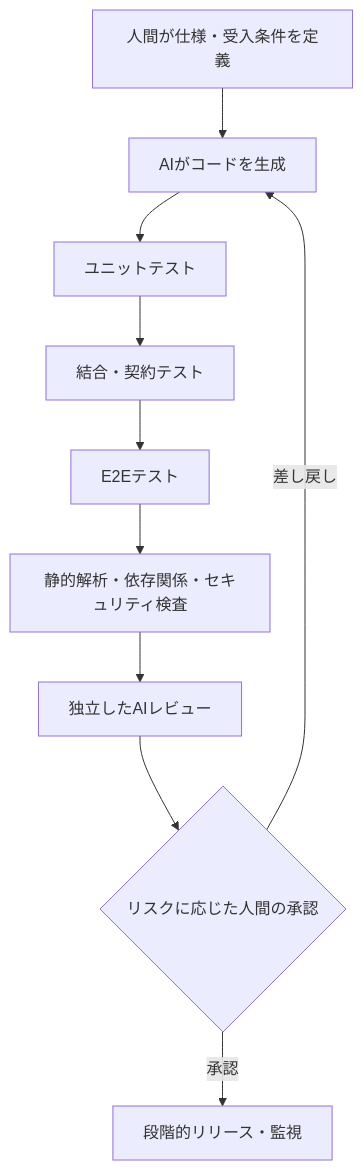
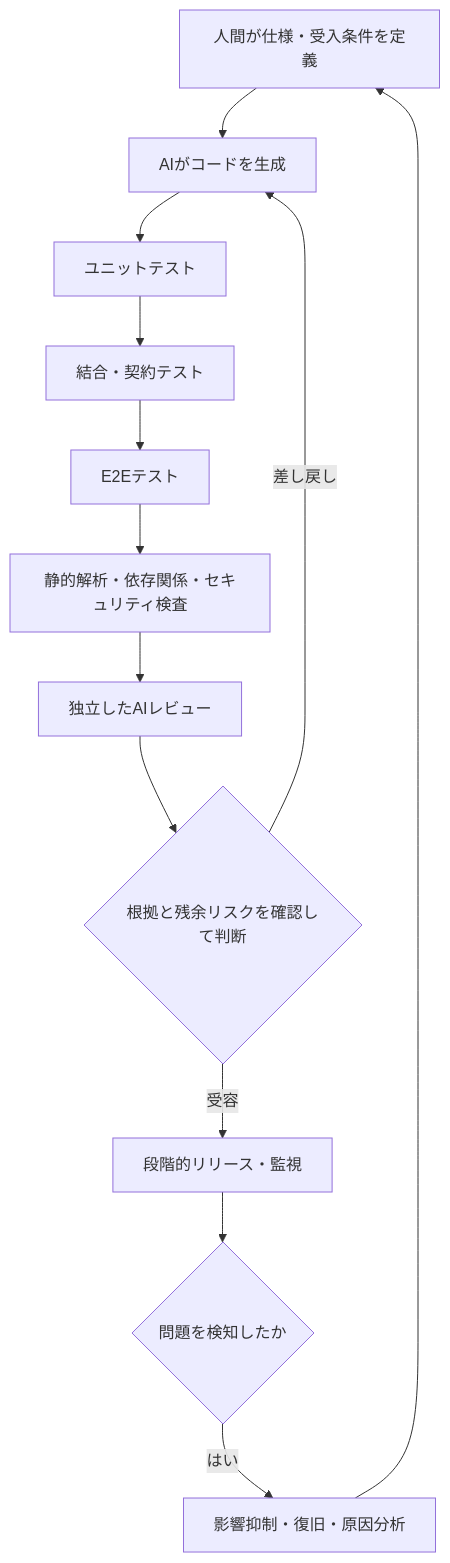
One commit to Umemura0212/zenn-content changed the diagram in articles/trusting-ai-generated-code.md. Above: the diagram before and after it, drawn with Mermaid. The commit also changed other lines of this file, not shown here.

````diff
--- a/articles/trusting-ai-generated-code.md
+++ b/articles/trusting-ai-generated-code.md
@@ -40,12 +42,15 @@
 ```mermaid
 flowchart TD
     S[人間が仕様・受入条件を定義] --> G[AIがコードを生成]
     G --> U[ユニットテスト]
     U --> I[結合・契約テスト]
     I --> E[E2Eテスト]
     E --> A[静的解析・依存関係・セキュリティ検査]
     A --> R[独立したAIレビュー]
-    R --> H{リスクに応じた人間の承認}
-    H -->|承認| D[段階的リリース・監視]
+    R --> H{根拠と残余リスクを確認して判断}
+    H -->|受容| D[段階的リリース・監視]
     H -->|差し戻し| G
+    D --> O{問題を検知したか}
+    O -->|はい| X[影響抑制・復旧・原因分析]
+    X --> S
 ```
````
